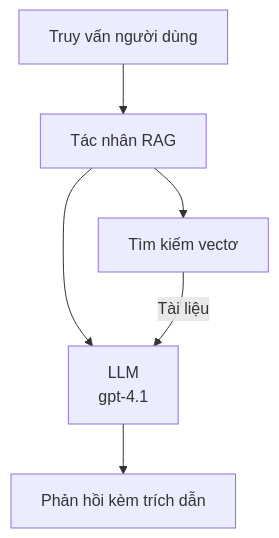
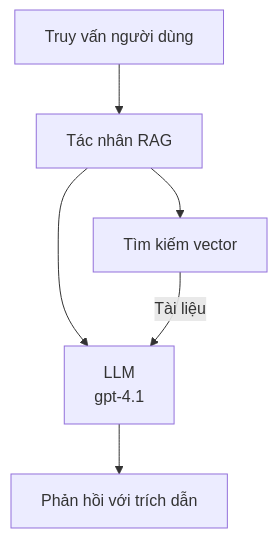
Before and after one commit to microsoft/AZD-for-beginners: the second of 3 diagrams in translations/vi/docs/chapter-02-ai-development/agents.md, drawn with Mermaid. The commit also changed other lines of this file and 101 other files, not shown here.

````diff
--- a/translations/vi/docs/chapter-02-ai-development/agents.md
+++ b/translations/vi/docs/chapter-02-ai-development/agents.md
@@ -170,8 +175,8 @@
 ```mermaid
 graph TD
     Query[Truy vấn người dùng] --> RAG[Tác nhân RAG]
-    RAG --> Vector[Tìm kiếm vectơ]
+    RAG --> Vector[Tìm kiếm vector]
     RAG --> LLM[LLM<br/>gpt-4.1]
     Vector -- Tài liệu --> LLM
-    LLM --> Response[Phản hồi kèm trích dẫn]
+    LLM --> Response[Phản hồi với trích dẫn]
 ```
````
